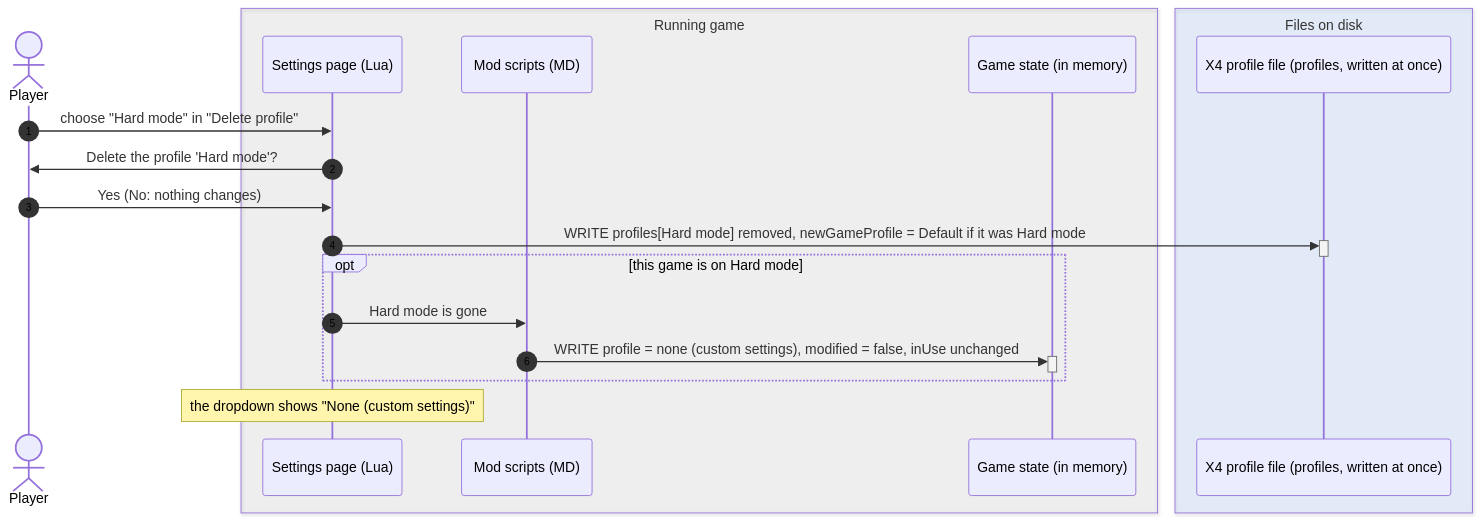
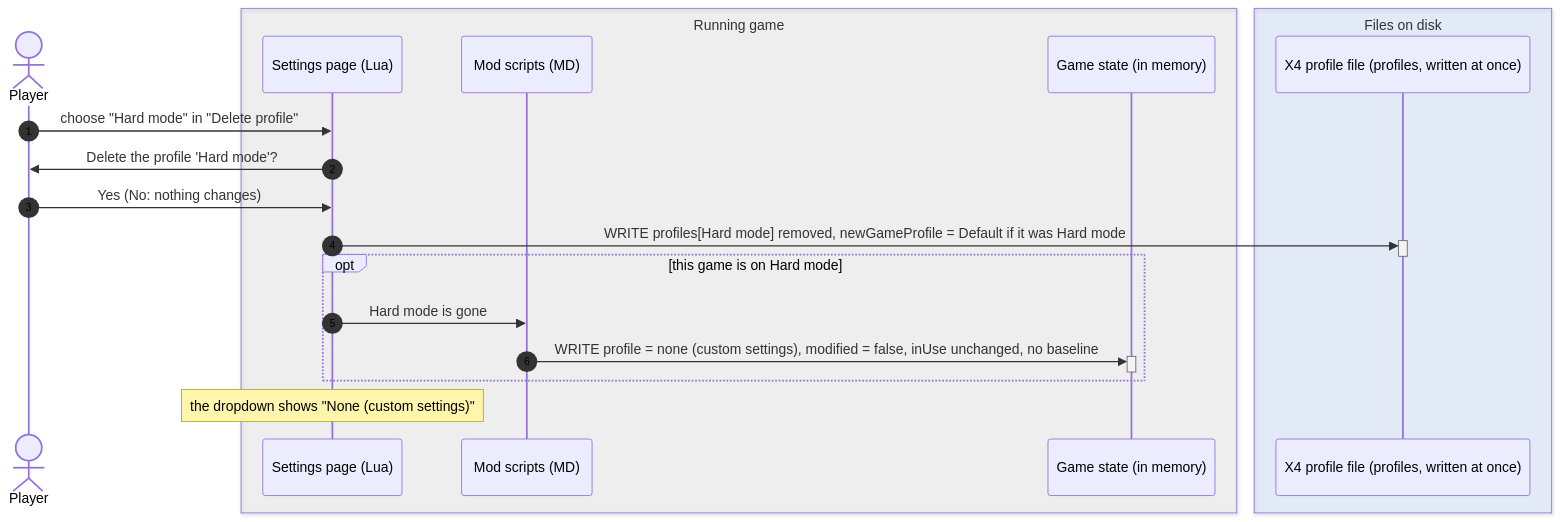
One commit to ecarlste/x4-pirates-life-mod changed the tenth of 11 diagrams in docs/specs/settings-profiles-flows.md. Above: the diagram before and after it, drawn with Mermaid. The commit also changed other lines of this file and 10 other files, not shown here.

````diff
--- a/docs/specs/settings-profiles-flows.md
+++ b/docs/specs/settings-profiles-flows.md
@@ -721,26 +743,26 @@
 ```mermaid
 %%{init: {'themeVariables': {'sequenceNumberColor': '#000000'}, 'themeCSS': '[id$=sequencenumber] circle { fill: #ffffff } .sequenceNumber { fill: #000000 }'}}%%
 sequenceDiagram
     autonumber
     actor P as Player
     box rgba(150,150,150,0.10) Running game
     participant L as Settings page (Lua)
     participant M as Mod scripts (MD)
     participant G as Game state (in memory)
     end
     box rgba(80,140,255,0.12) Files on disk
     participant U as X4 profile file (profiles, written at once)
     end
 
     P->>L: choose "Hard mode" in "Delete profile"
     L->>P: Delete the profile 'Hard mode'?
     P->>L: Yes (No: nothing changes)
     L->>+U: WRITE profiles[Hard mode] removed, newGameProfile = Default if it was Hard mode
     deactivate U
     opt this game is on Hard mode
     L->>M: Hard mode is gone
-    M->>+G: WRITE profile = none (custom settings), modified = false, inUse unchanged
+    M->>+G: WRITE profile = none (custom settings), modified = false, inUse unchanged, no baseline
     deactivate G
     end
     Note over L: the dropdown shows "None (custom settings)"
 ```
````
